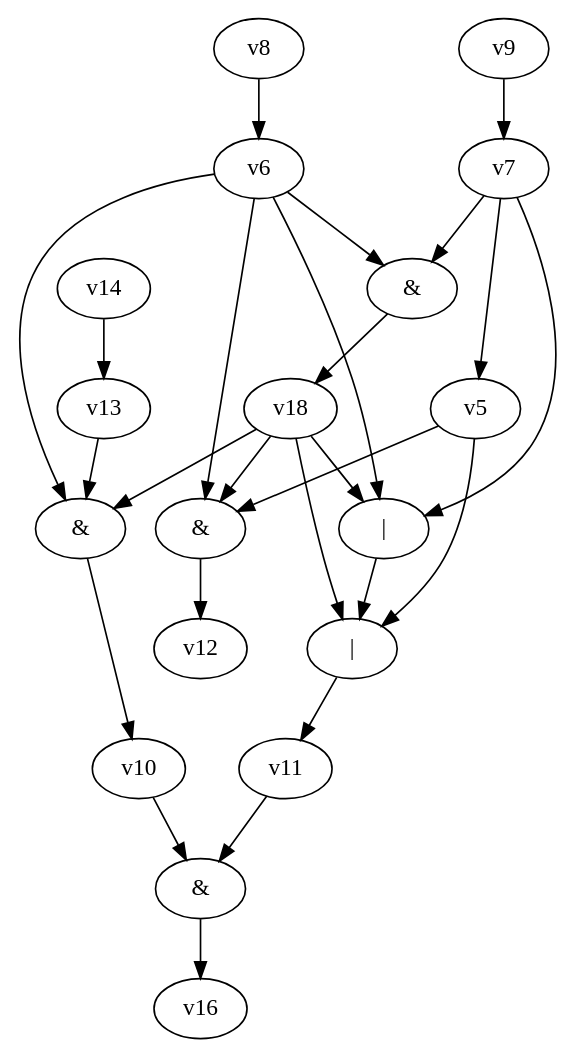
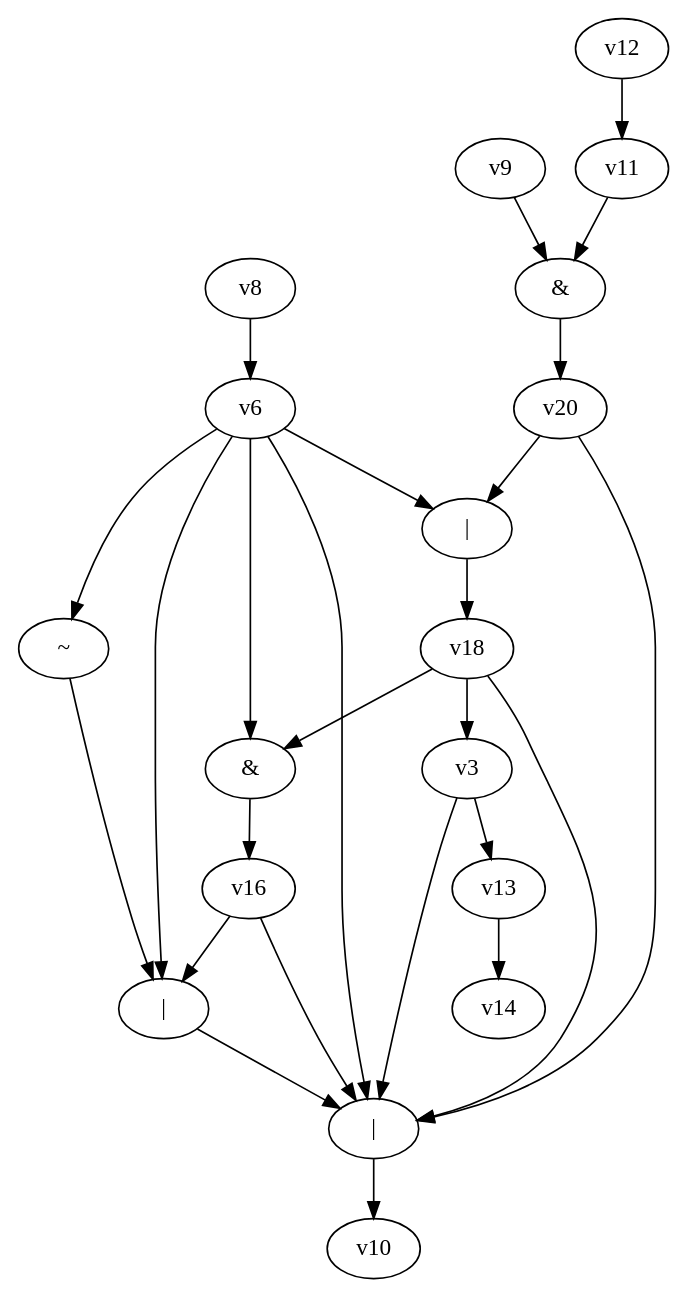
The diagram in dot_files/random_bool_circ.dot (yadej/graph_project), drawn with Graphviz before and after one commit. The commit also changed 7 other files, not shown here.

```diff
--- a/dot_files/random_bool_circ.dot
+++ b/dot_files/random_bool_circ.dot
@@ -1,29 +1,29 @@
 digraph G { 
-v0 [label="&"]; 
+v0 [label="|"]; 
 v1 [label="|"]; 
-v2 [label="&"]; 
-v3 [label="|"]; 
+v5 [label="~"]; 
 v15 [label="&"]; 
-v17 [label="&"]; 
-v0 -> v10 -> v15 -> v16;
-v1 -> v11 -> v15;
-v2 -> v12;
-v3 -> v1;
+v17 [label="|"]; 
+v19 [label="&"]; 
+v0 -> v10;
+v1 -> v0;
+v3 -> v0;
+v3 -> v13 -> v14;
 v5 -> v1;
-v5 -> v2;
 v6 -> v0;
-v6 -> v2;
-v6 -> v3;
+v6 -> v1;
+v6 -> v5;
+v6 -> v15 -> v16;
 v6 -> v17 -> v18;
-v7 -> v3;
-v7 -> v5;
-v7 -> v17;
 v8 -> v6;
-v9 -> v7;
-v13 -> v0;
-v14 -> v13;
+v9 -> v19 -> v20;
+v11 -> v19;
+v12 -> v11;
+v16 -> v0;
+v16 -> v1;
 v18 -> v0;
-v18 -> v1;
-v18 -> v2;
 v18 -> v3;
+v18 -> v15;
+v20 -> v0;
+v20 -> v17;
 }
```
